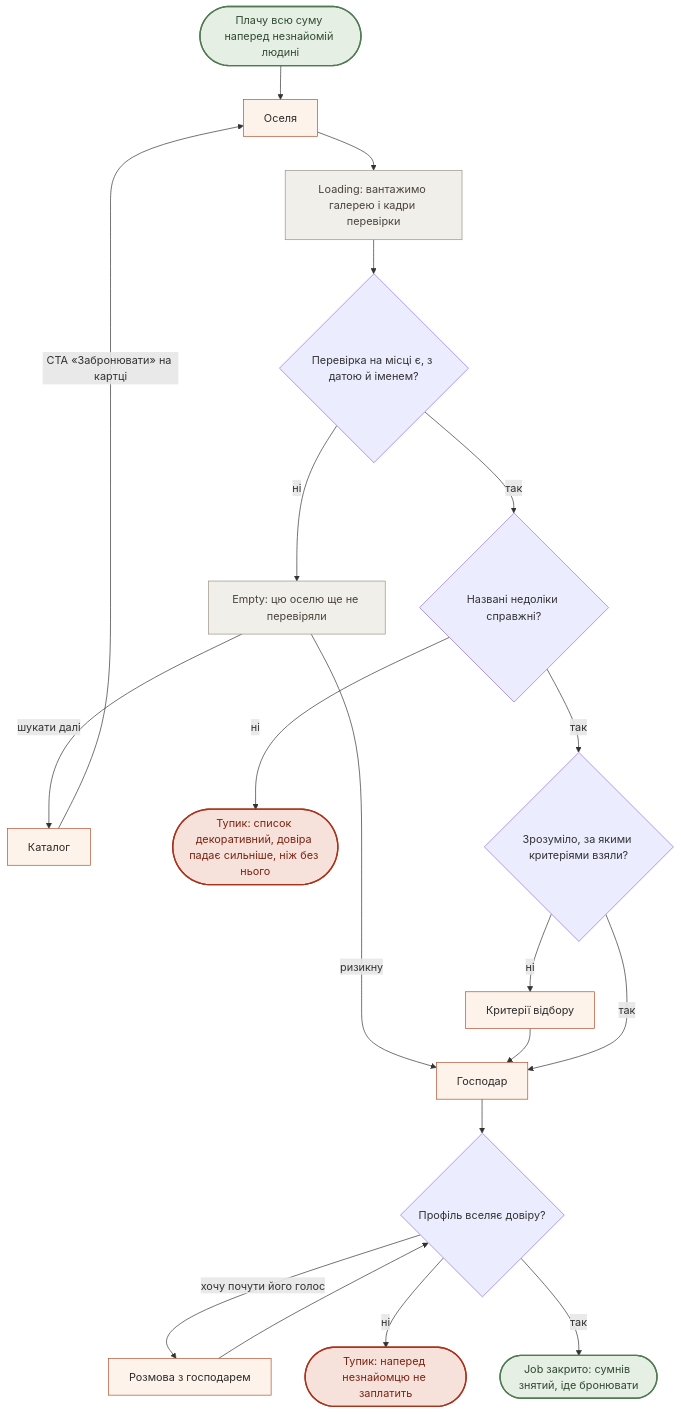
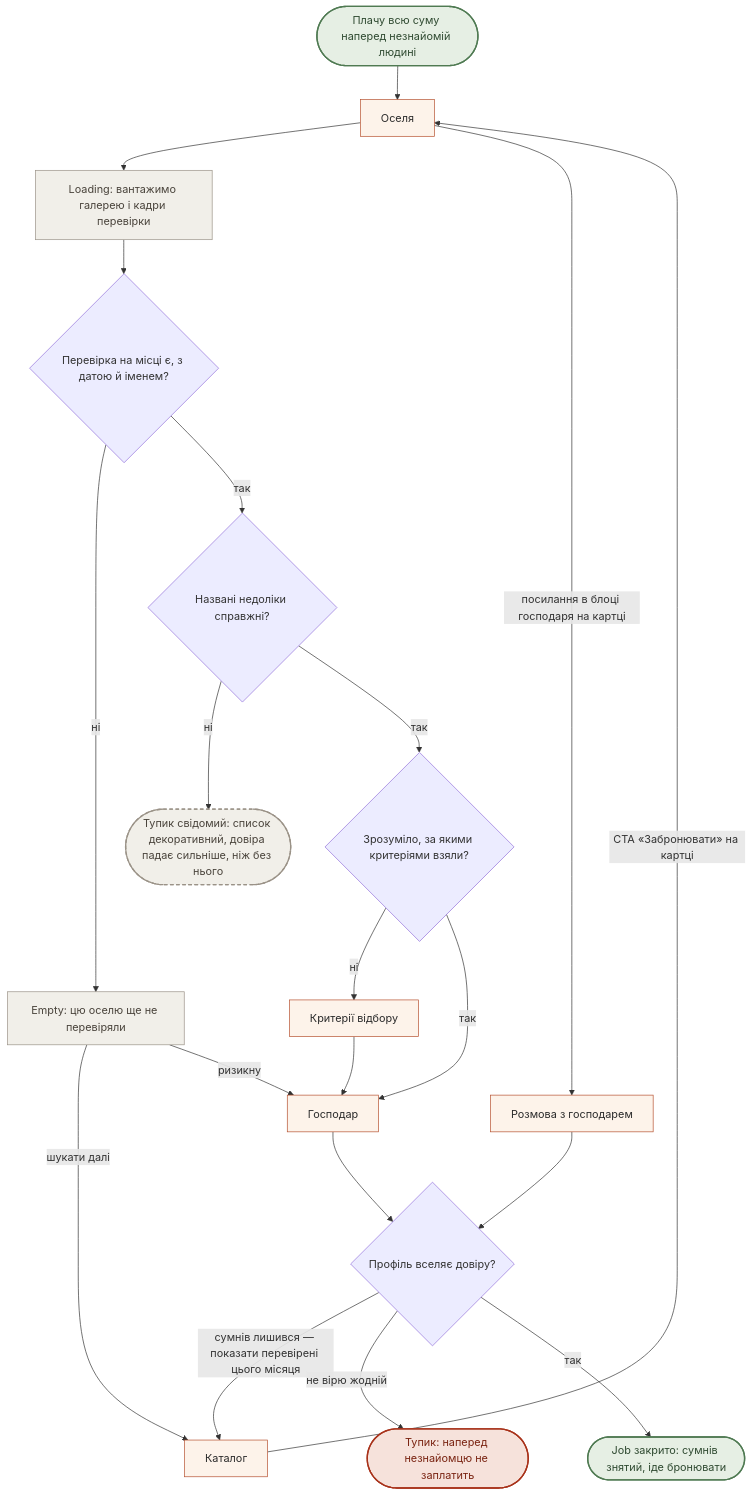
The second of 5 diagrams in ia/flows.md (sofiya5395870-sys/khata-v-seli), drawn with Mermaid before and after one commit. The commit also changed other lines of this file and 4 other files, not shown here.

````diff
--- a/ia/flows.md
+++ b/ia/flows.md
@@ -102,34 +114,37 @@
 ```mermaid
 flowchart TD
     Start([Плачу всю суму наперед незнайомій людині]) --> House[Оселя]
     House --> Load["Loading: вантажимо галерею і кадри перевірки"]
     Load --> Checked{Перевірка на місці є, з датою й іменем?}
 
     Checked -->|ні| Empty["Empty: цю оселю ще не перевіряли"]
     Empty -->|шукати далі| Cat[Каталог]
     Cat -->|CTA «Забронювати» на картці| House
     Empty -->|ризикну| Owner[Господар]
 
     Checked -->|так| Flaws{Названі недоліки справжні?}
-    Flaws -->|ні| DeadFake(["Тупик: список декоративний, довіра падає сильніше, ніж без нього"])
+    Flaws -->|ні| DeadFake(["Тупик свідомий: список декоративний, довіра падає сильніше, ніж без нього"])
     Flaws -->|так| Why{Зрозуміло, за якими критеріями взяли?}
 
     Why -->|ні| Crit[Критерії відбору]
     Crit --> Owner
     Why -->|так| Owner
 
+    House -->|посилання в блоці господаря на картці| Talk[Розмова з господарем]
+    Talk --> Trust
     Owner --> Trust{Профіль вселяє довіру?}
-    Trust -->|хочу почути його голос| Talk[Розмова з господарем]
-    Talk --> Trust
-    Trust -->|ні| DeadTrust(["Тупик: наперед незнайомцю не заплатить"])
+    Trust -->|сумнів лишився — показати перевірені цього місяця| Cat
+    Trust -->|не вірю жодній| DeadTrust(["Тупик: наперед незнайомцю не заплатить"])
     Trust -->|так| Win(["Job закрито: сумнів знятий, іде бронювати"])
 
     classDef screen fill:#fdf3ea,stroke:#b5502e,color:#2b2b2b
     classDef state fill:#f1efe9,stroke:#9a9287,color:#4a443c
     classDef dead fill:#f6e2db,stroke:#a8321a,stroke-width:2px,color:#7a2412
+    classDef kept fill:#f1efe9,stroke:#9a9287,stroke-width:2px,stroke-dasharray:5 4,color:#4a443c
     classDef win fill:#e6efe4,stroke:#4f7a52,stroke-width:2px,color:#2f4a31
     class House,Cat,Crit,Owner,Talk screen
     class Load,Empty state
-    class DeadFake,DeadTrust dead
+    class DeadTrust dead
+    class DeadFake kept
     class Win,Start win
 ```
````
